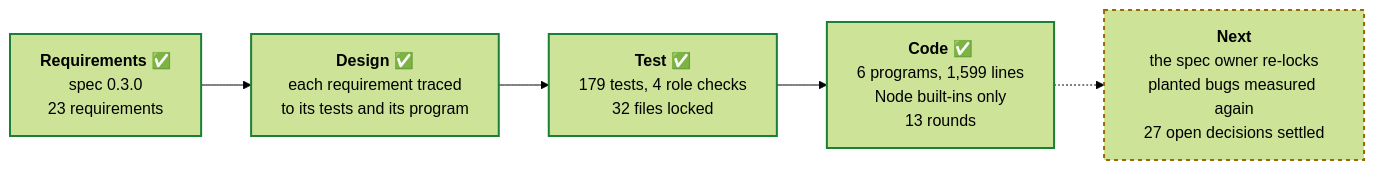
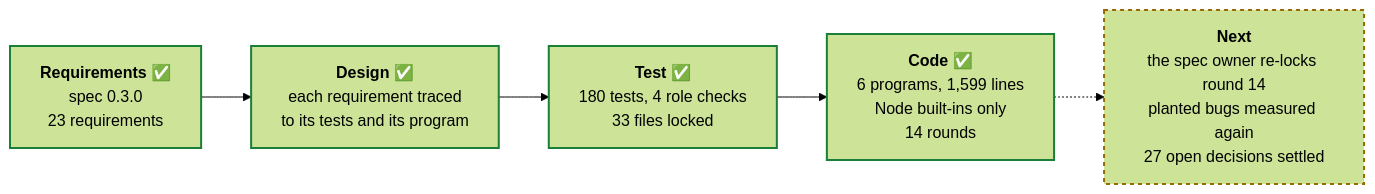
Before and after one commit to PaulDuvall/adlc-security-reviewer: the third of 4 diagrams in README.md, drawn with Mermaid (forest theme). The commit also changed other lines of this file and 15 other files, not shown here.

````diff
--- a/README.md
+++ b/README.md
@@ -248,13 +250,13 @@
 ```mermaid
 flowchart LR
   req["<b>Requirements</b> ✅<br/>spec 0.3.0<br/>23 requirements"]
   des["<b>Design</b> ✅<br/>each requirement traced<br/>to its tests and its program"]
-  tst["<b>Test</b> ✅<br/>179 tests, 4 role checks<br/>32 files locked"]
-  cod["<b>Code</b> ✅<br/>6 programs, 1,599 lines<br/>Node built-ins only<br/>13 rounds"]
-  nxt["<b>Next</b><br/>the spec owner re-locks<br/>planted bugs measured again<br/>27 open decisions settled"]
+  tst["<b>Test</b> ✅<br/>180 tests, 4 role checks<br/>33 files locked"]
+  cod["<b>Code</b> ✅<br/>6 programs, 1,599 lines<br/>Node built-ins only<br/>14 rounds"]
+  nxt["<b>Next</b><br/>the spec owner re-locks round 14<br/>planted bugs measured again<br/>27 open decisions settled"]
   req --> des --> tst --> cod -.-> nxt
   classDef done stroke:#1a7f37,stroke-width:2px
   classDef next stroke:#9a6700,stroke-width:2px,stroke-dasharray:4
   class req,des,tst,cod done
   class nxt next
 ```
````
